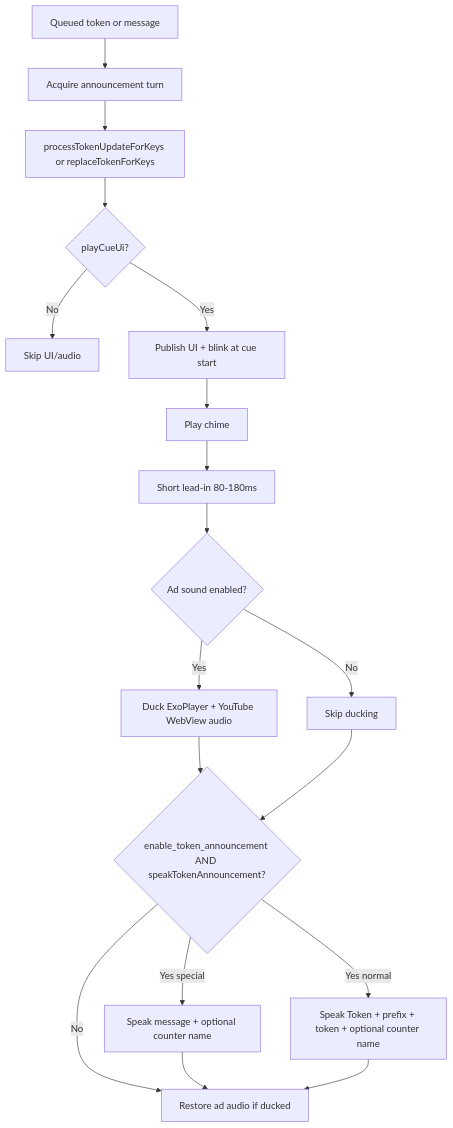
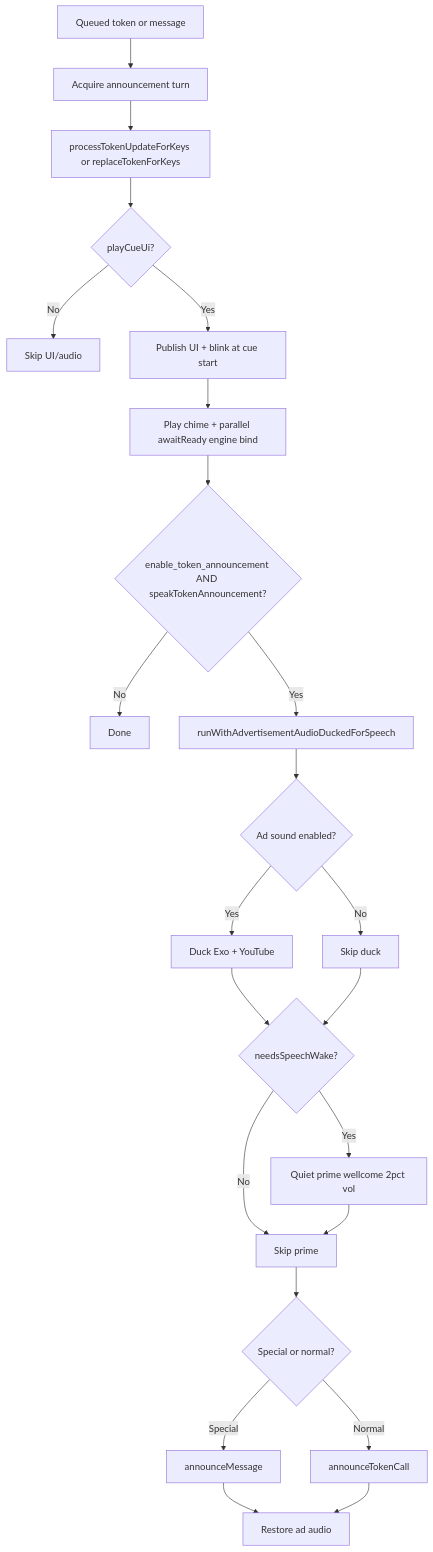
The sixth of 7 diagrams in docs/MASTER_DOCUMENTATION.md (AdhiAdithyan/CallQTV), drawn with Mermaid before and after one commit. The commit also changed other lines of this file and 41 other files, not shown here.

````diff
--- a/docs/MASTER_DOCUMENTATION.md
+++ b/docs/MASTER_DOCUMENTATION.md
@@ -486,20 +515,25 @@
 ```mermaid
 flowchart TD
     A[Queued token or message] --> B[Acquire announcement turn]
     B --> C[processTokenUpdateForKeys or replaceTokenForKeys]
     C --> D{playCueUi?}
     D -->|No| Z[Skip UI/audio]
     D -->|Yes| E[Publish UI + blink at cue start]
-    E --> F[Play chime]
-    F --> F2[Short lead-in 80-180ms]
-    F2 --> G{Ad sound enabled?}
-    G -->|Yes| H[Duck ExoPlayer + YouTube WebView audio]
-    G -->|No| I[Skip ducking]
-    H --> J{enable_token_announcement AND speakTokenAnnouncement?}
-    I --> J
-    J -->|No| K[Restore ad audio if ducked]
-    J -->|Yes special| L[Speak message + optional counter name]
-    J -->|Yes normal| M[Speak Token + prefix + token + optional counter name]
-    L --> K
-    M --> K
+    E --> F[Play chime + parallel awaitReady engine bind]
+    F --> G{enable_token_announcement AND speakTokenAnnouncement?}
+    G -->|No| Z2[Done]
+    G -->|Yes| H[runWithAdvertisementAudioDuckedForSpeech]
+    H --> I{Ad sound enabled?}
+    I -->|Yes| J[Duck Exo + YouTube]
+    I -->|No| K[Skip duck]
+    J --> L{needsSpeechWake?}
+    K --> L
+    L -->|Yes| M[Quiet prime wellcome 2pct vol]
+    L -->|No| N[Skip prime]
+    M --> N
+    N --> O{Special or normal?}
+    O -->|Special| P[announceMessage]
+    O -->|Normal| Q[announceTokenCall]
+    P --> R[Restore ad audio]
+    Q --> R
 ```
````
